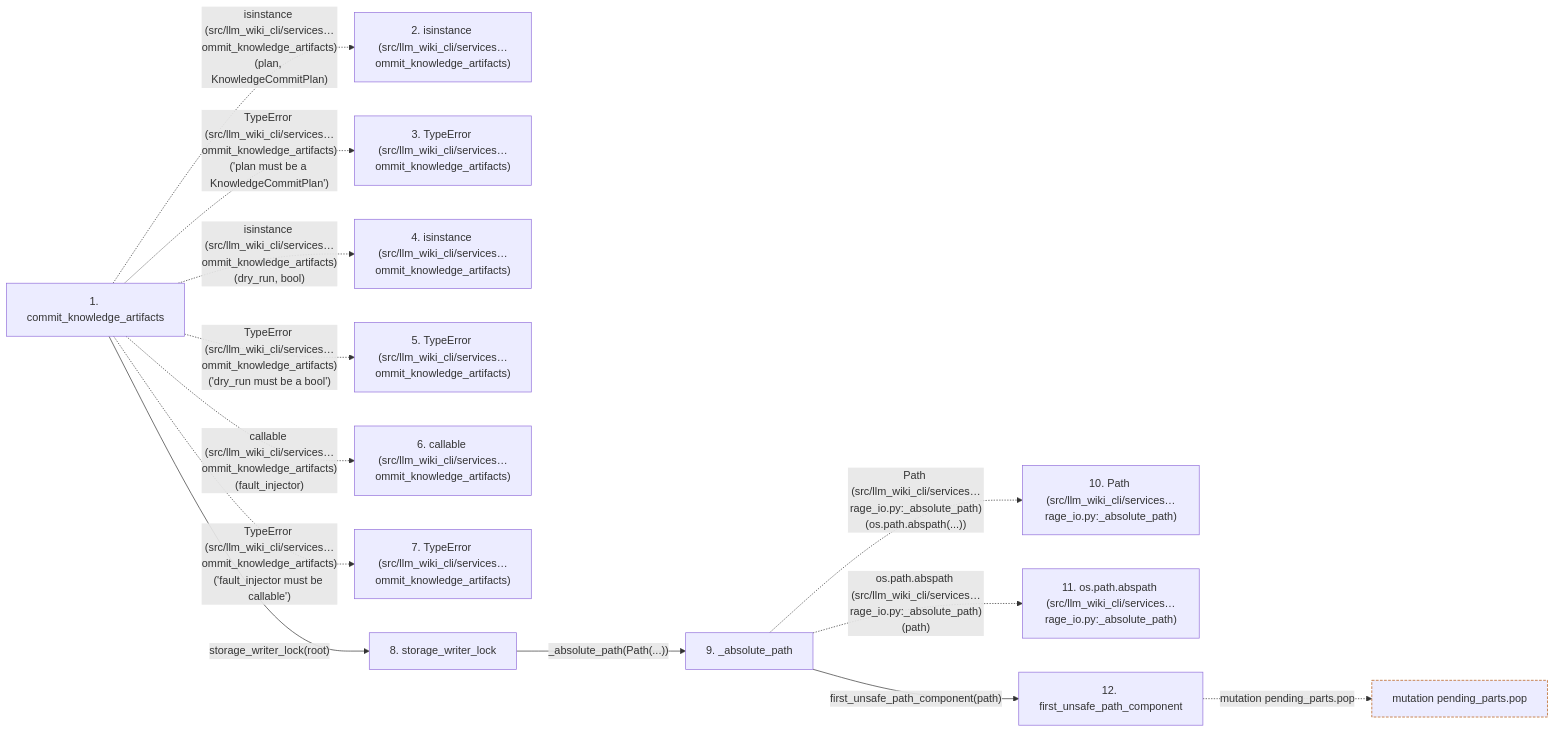
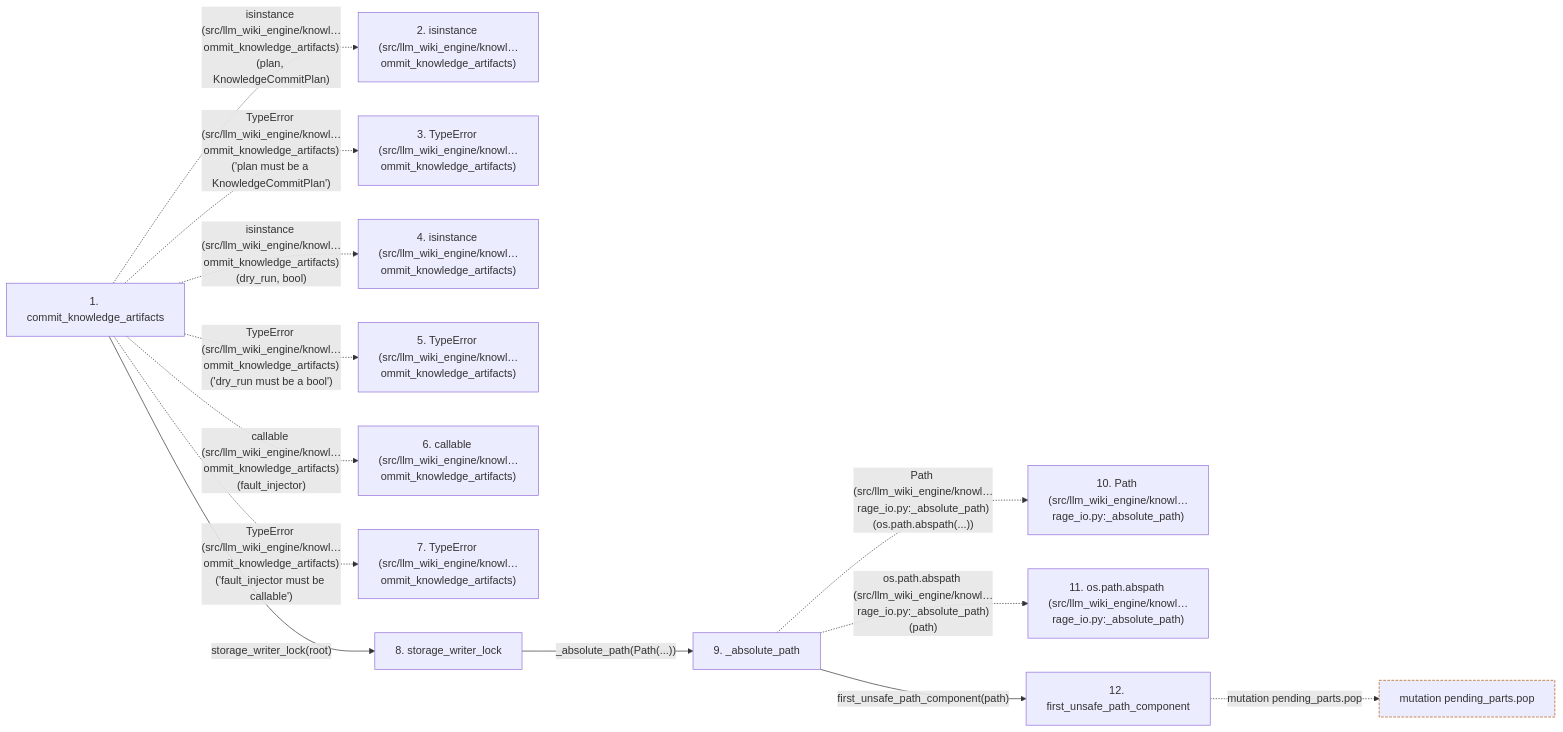
Before and after one commit to Denissvgn/python-wiki-llm: the second of 2 diagrams in docs/llm_wiki/flows/api-commit_knowledge_artifacts.md, drawn with Mermaid. The commit also changed other lines of this file and 1058 other files, not shown here.

First line of the commit message:
docs: refresh the wiki for the knowledge store move

````diff
--- a/docs/llm_wiki/flows/api-commit_knowledge_artifacts.md
+++ b/docs/llm_wiki/flows/api-commit_knowledge_artifacts.md
@@ -150,34 +149,34 @@
 ```mermaid
 flowchart LR
     s1["1. commit_knowledge_artifacts"]
-    s2["2. isinstance (src/llm_wiki_cli/services…ommit_knowledge_artifacts)"]
-    s3["3. TypeError (src/llm_wiki_cli/services…ommit_knowledge_artifacts)"]
-    s4["4. isinstance (src/llm_wiki_cli/services…ommit_knowledge_artifacts)"]
-    s5["5. TypeError (src/llm_wiki_cli/services…ommit_knowledge_artifacts)"]
-    s6["6. callable (src/llm_wiki_cli/services…ommit_knowledge_artifacts)"]
-    s7["7. TypeError (src/llm_wiki_cli/services…ommit_knowledge_artifacts)"]
+    s2["2. isinstance (src/llm_wiki_engine/knowl…ommit_knowledge_artifacts)"]
+    s3["3. TypeError (src/llm_wiki_engine/knowl…ommit_knowledge_artifacts)"]
+    s4["4. isinstance (src/llm_wiki_engine/knowl…ommit_knowledge_artifacts)"]
+    s5["5. TypeError (src/llm_wiki_engine/knowl…ommit_knowledge_artifacts)"]
+    s6["6. callable (src/llm_wiki_engine/knowl…ommit_knowledge_artifacts)"]
+    s7["7. TypeError (src/llm_wiki_engine/knowl…ommit_knowledge_artifacts)"]
     s8["8. storage_writer_lock"]
     s9["9. _absolute_path"]
-    s10["10. Path (src/llm_wiki_cli/services…rage_io.py:_absolute_path)"]
-    s11["11. os.path.abspath (src/llm_wiki_cli/services…rage_io.py:_absolute_path)"]
+    s10["10. Path (src/llm_wiki_engine/knowl…rage_io.py:_absolute_path)"]
+    s11["11. os.path.abspath (src/llm_wiki_engine/knowl…rage_io.py:_absolute_path)"]
     s12["12. first_unsafe_path_component"]
-    s1 -. "isinstance (src/llm_wiki_cli/services…ommit_knowledge_artifacts)(plan, KnowledgeCommitPlan)" .-> s2
-    s1 -. "TypeError (src/llm_wiki_cli/services…ommit_knowledge_artifacts)('plan must be a KnowledgeCommitPlan')" .-> s3
-    s1 -. "isinstance (src/llm_wiki_cli/services…ommit_knowledge_artifacts)(dry_run, bool)" .-> s4
-    s1 -. "TypeError (src/llm_wiki_cli/services…ommit_knowledge_artifacts)('dry_run must be a bool')" .-> s5
-    s1 -. "callable (src/llm_wiki_cli/services…ommit_knowledge_artifacts)(fault_injector)" .-> s6
-    s1 -. "TypeError (src/llm_wiki_cli/services…ommit_knowledge_artifacts)('fault_injector must be callable')" .-> s7
+    s1 -. "isinstance (src/llm_wiki_engine/knowl…ommit_knowledge_artifacts)(plan, KnowledgeCommitPlan)" .-> s2
+    s1 -. "TypeError (src/llm_wiki_engine/knowl…ommit_knowledge_artifacts)('plan must be a KnowledgeCommitPlan')" .-> s3
+    s1 -. "isinstance (src/llm_wiki_engine/knowl…ommit_knowledge_artifacts)(dry_run, bool)" .-> s4
+    s1 -. "TypeError (src/llm_wiki_engine/knowl…ommit_knowledge_artifacts)('dry_run must be a bool')" .-> s5
+    s1 -. "callable (src/llm_wiki_engine/knowl…ommit_knowledge_artifacts)(fault_injector)" .-> s6
+    s1 -. "TypeError (src/llm_wiki_engine/knowl…ommit_knowledge_artifacts)('fault_injector must be callable')" .-> s7
     s1 -->|"storage_writer_lock(root)"| s8
     s8 -->|"_absolute_path(Path(...))"| s9
-    s9 -. "Path (src/llm_wiki_cli/services…rage_io.py:_absolute_path)(os.path.abspath(...))" .-> s10
-    s9 -. "os.path.abspath (src/llm_wiki_cli/services…rage_io.py:_absolute_path)(path)" .-> s11
+    s9 -. "Path (src/llm_wiki_engine/knowl…rage_io.py:_absolute_path)(os.path.abspath(...))" .-> s10
+    s9 -. "os.path.abspath (src/llm_wiki_engine/knowl…rage_io.py:_absolute_path)(path)" .-> s11
     s9 -->|"first_unsafe_path_component(path)"| s12
     b0["mutation pending_parts.pop"]
     s12 -. "mutation pending_parts.pop" .-> b0
     click s1 "../modules/knowledge_artifacts.md"
     click s8 "../modules/maintenance_protocol.md"
     click s9 "../modules/knowledge_storage_io.md"
     click s12 "../modules/io.md"
     classDef boundary stroke:#b45309,stroke-dasharray: 4 2
     class b0 boundary
 ```
````
